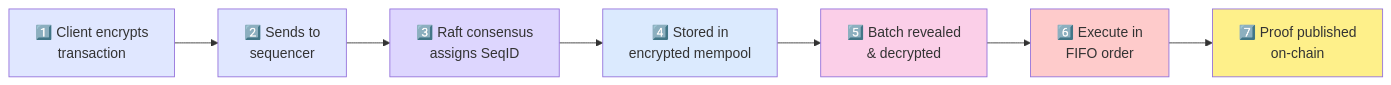
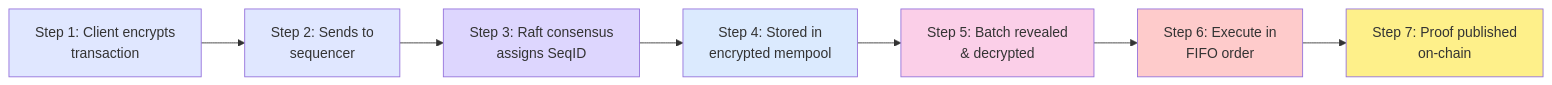
The eighth of 10 diagrams in README.md (drumilbhati/secureorder), drawn with Mermaid before and after one commit. The commit also changed other lines of this file, not shown here.

First line of the commit message:
fix: remove emoji characters from mermaid diagrams for proper rendering

````diff
--- a/README.md
+++ b/README.md
@@ -197,18 +197,18 @@
 ```mermaid
 graph LR
-    Step1["1️⃣ Client encrypts<br/>transaction"] -->
-    Step2["2️⃣ Sends to<br/>sequencer"] -->
-    Step3["3️⃣ Raft consensus<br/>assigns SeqID"] -->
-    Step4["4️⃣ Stored in<br/>encrypted mempool"] -->
-    Step5["5️⃣ Batch revealed<br/>& decrypted"] -->
-    Step6["6️⃣ Execute in<br/>FIFO order"] -->
-    Step7["7️⃣ Proof published<br/>on-chain"]
+    Step1["Step 1: Client encrypts<br/>transaction"] -->
+    Step2["Step 2: Sends to<br/>sequencer"] -->
+    Step3["Step 3: Raft consensus<br/>assigns SeqID"] -->
+    Step4["Step 4: Stored in<br/>encrypted mempool"] -->
+    Step5["Step 5: Batch revealed<br/>& decrypted"] -->
+    Step6["Step 6: Execute in<br/>FIFO order"] -->
+    Step7["Step 7: Proof published<br/>on-chain"]
     
     style Step1 fill:#e0e7ff
     style Step2 fill:#e0e7ff
     style Step3 fill:#ddd6fe
     style Step4 fill:#dbeafe
     style Step5 fill:#fbcfe8
     style Step6 fill:#fecbcb
     style Step7 fill:#fef08a
 ```
````
